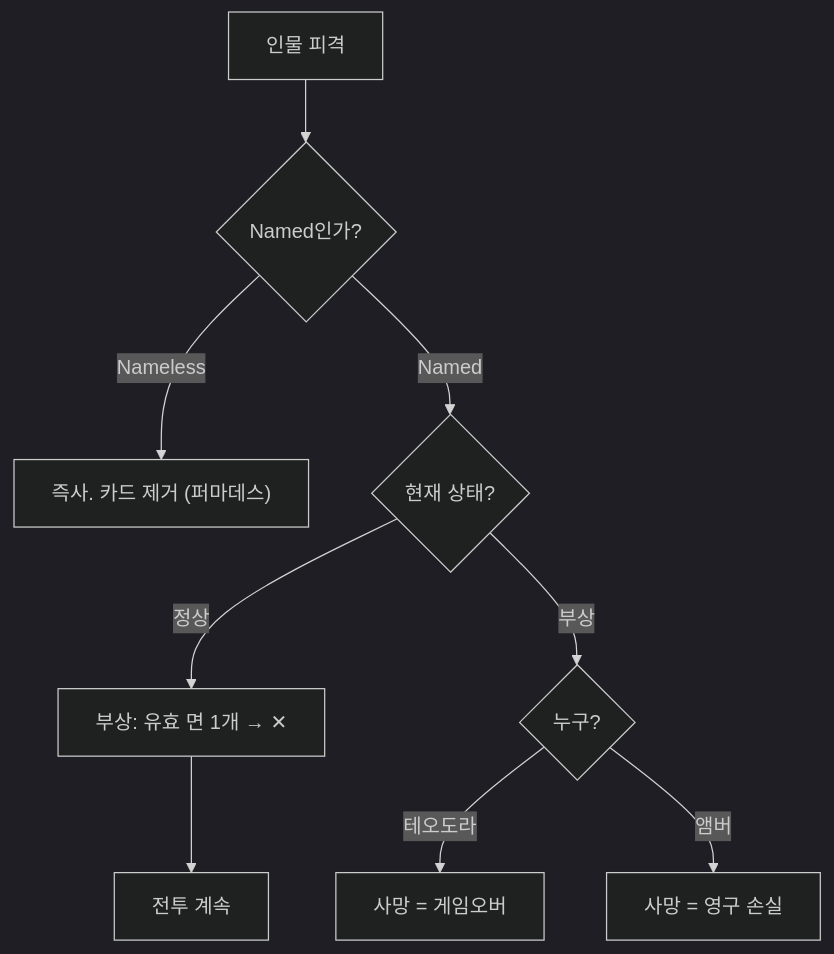
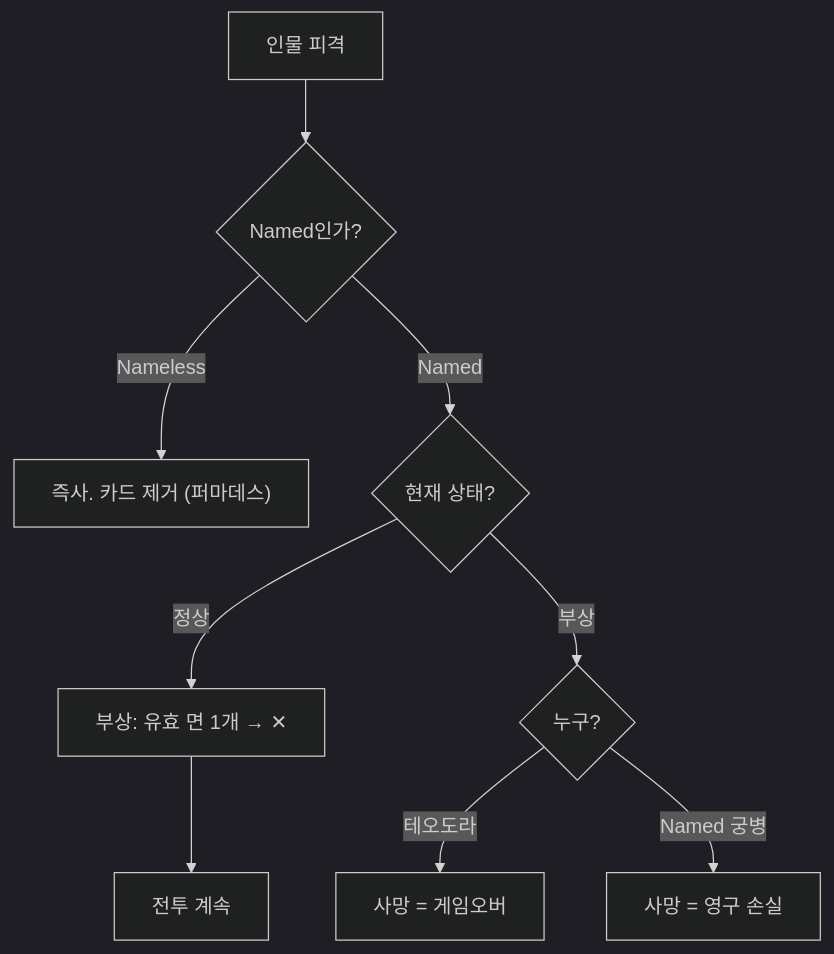
One commit to roam1215-beep/Chronicle-wiki changed the first of 2 diagrams in 02_전투/판정/부상사망.md. Above: the diagram before and after it, drawn with Mermaid (dark theme). The commit also changed other lines of this file and 8 other files, not shown here.

````diff
--- a/02_전투/판정/부상사망.md
+++ b/02_전투/판정/부상사망.md
@@ -63,11 +63,11 @@
 ```mermaid
 flowchart TD
     A["인물 피격"] --> B{Named인가?}
     B -->|Nameless| C["즉사. 카드 제거 (퍼마데스)"]
     B -->|Named| D{현재 상태?}
     D -->|정상| E["부상: 유효 면 1개 → ✕"]
     D -->|부상| F{누구?}
     F -->|테오도라| G["사망 = 게임오버"]
-    F -->|앰버| H["사망 = 영구 손실"]
+    F -->|Named 궁병| H["사망 = 영구 손실"]
     E --> I["전투 계속"]
 ```
````
